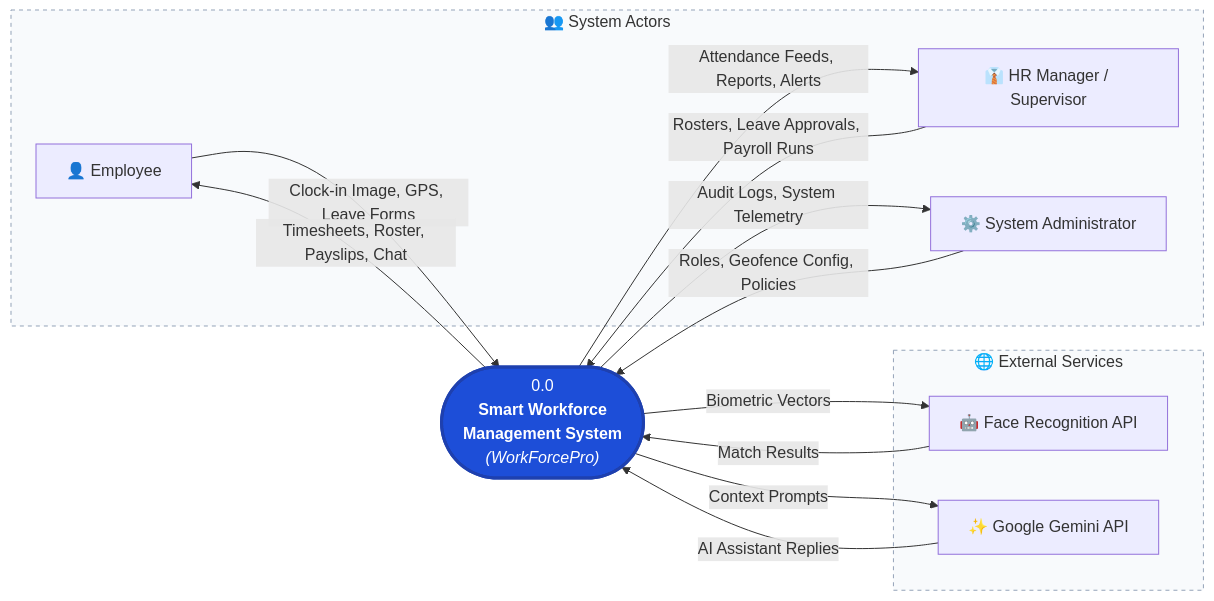
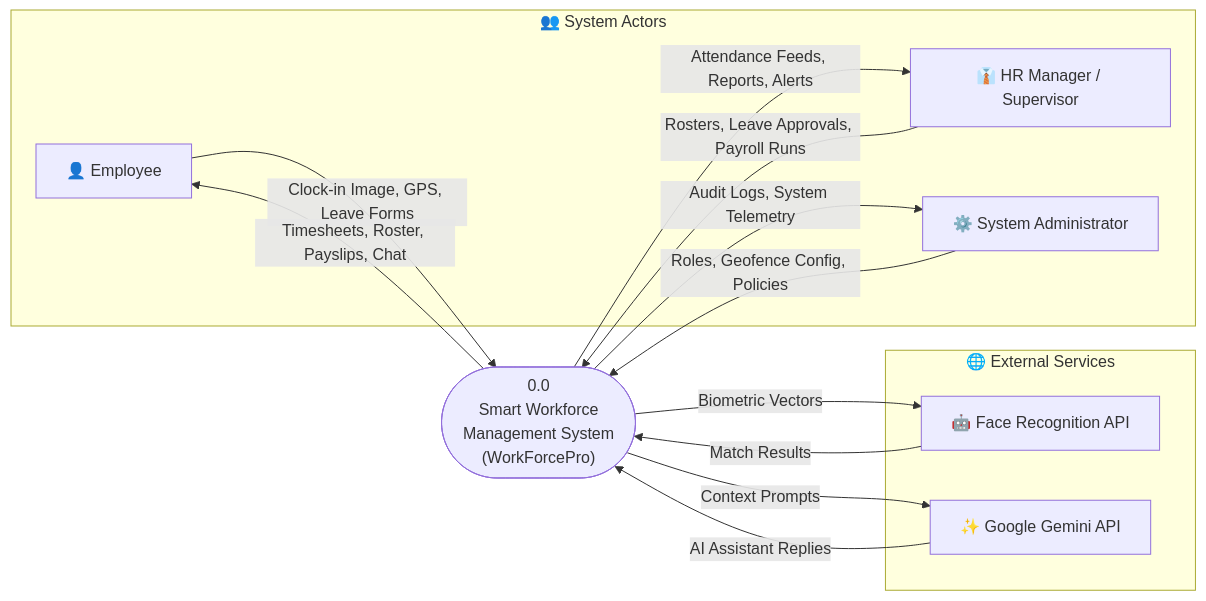
Before and after one commit to vincenico28/WorkForcePro: diagram 15 of 15 in Documentation/capstone_diagrams.md, drawn with Mermaid. The commit also changed other lines of this file and 1 other file, not shown here.

````diff
--- a/Documentation/capstone_diagrams.md
+++ b/Documentation/capstone_diagrams.md
@@ -261,34 +254,30 @@
 ```mermaid
 graph LR
     subgraph Actors ["👥 System Actors"]
         EMP["👤 Employee"]
         MGR["👔 HR Manager / Supervisor"]
         ADM["⚙️ System Administrator"]
     end
 
-    SYS(["0.0<br/><b>Smart Workforce<br/>Management System</b><br/><i>(WorkForcePro)</i>"])
+    SYS(["0.0<br/>Smart Workforce<br/>Management System<br/>(WorkForcePro)"])
 
     subgraph Services ["🌐 External Services"]
         AI_EXT["🤖 Face Recognition API"]
         GEMINI["✨ Google Gemini API"]
     end
 
     EMP -->|"Clock-in Image, GPS, Leave Forms"| SYS
     SYS -->|"Timesheets, Roster, Payslips, Chat"| EMP
 
     MGR -->|"Rosters, Leave Approvals, Payroll Runs"| SYS
     SYS -->|"Attendance Feeds, Reports, Alerts"| MGR
 
     ADM -->|"Roles, Geofence Config, Policies"| SYS
     SYS -->|"Audit Logs, System Telemetry"| ADM
 
     SYS -->|"Biometric Vectors"| AI_EXT
     AI_EXT -->|"Match Results"| SYS
 
     SYS -->|"Context Prompts"| GEMINI
     GEMINI -->|"AI Assistant Replies"| SYS
-
-    style SYS fill:#1d4ed8,stroke:#1e40af,stroke-width:3px,color:#ffffff
-    style Actors fill:#f8fafc,stroke:#94a3b8,stroke-width:1px,stroke-dasharray: 4 4
-    style Services fill:#f8fafc,stroke:#94a3b8,stroke-width:1px,stroke-dasharray: 4 4
 ```
````
